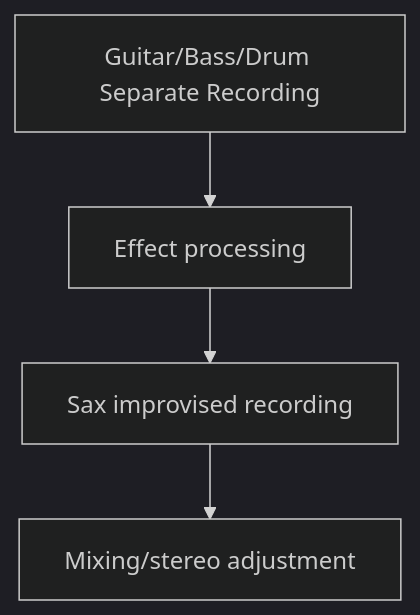
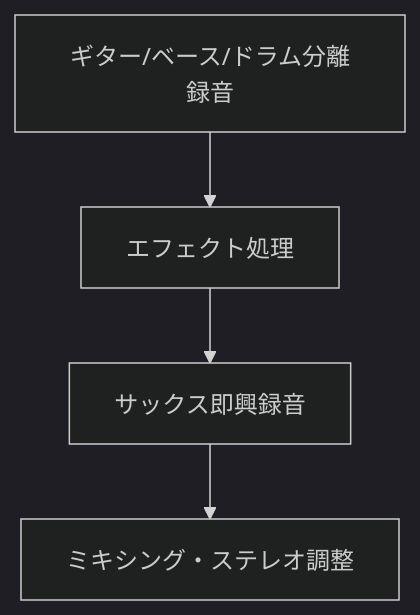
Diagram 11 of 18 in en/_posts/2025-11-22-column-butthole-surfers.md (monumental-movement/monumental-movement.github.io), drawn with Mermaid (dark theme) before and after one commit. The commit also changed other lines of this file and 2196 other files, not shown here.

```diff
--- a/en/_posts/2025-11-22-column-butthole-surfers.md
+++ b/en/_posts/2025-11-22-column-butthole-surfers.md
@@ -275,6 +274,6 @@
 <div class="mermaid">
 flowchart TD
-    A["Guitar/Bass/Drum Separate Recording"] --> B["Effect processing"]
-    B --> C["Sax improvised recording"]
-    C --> D["Mixing/stereo adjustment"]
+    A["ギター/ベース/ドラム分離録音"] --> B["エフェクト処理"]
+    B --> C["サックス即興録音"]
+    C --> D["ミキシング・ステレオ調整"]
 </div>
```
